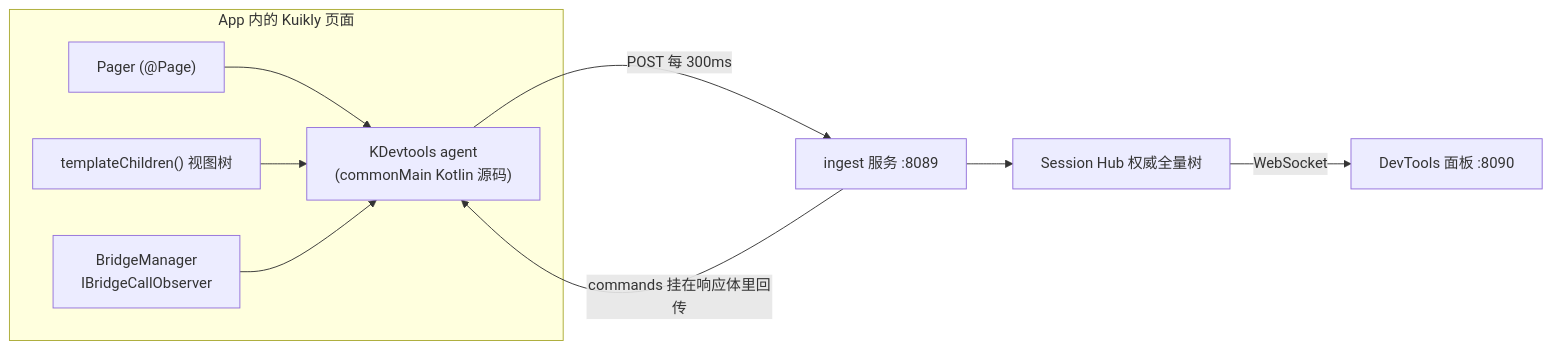
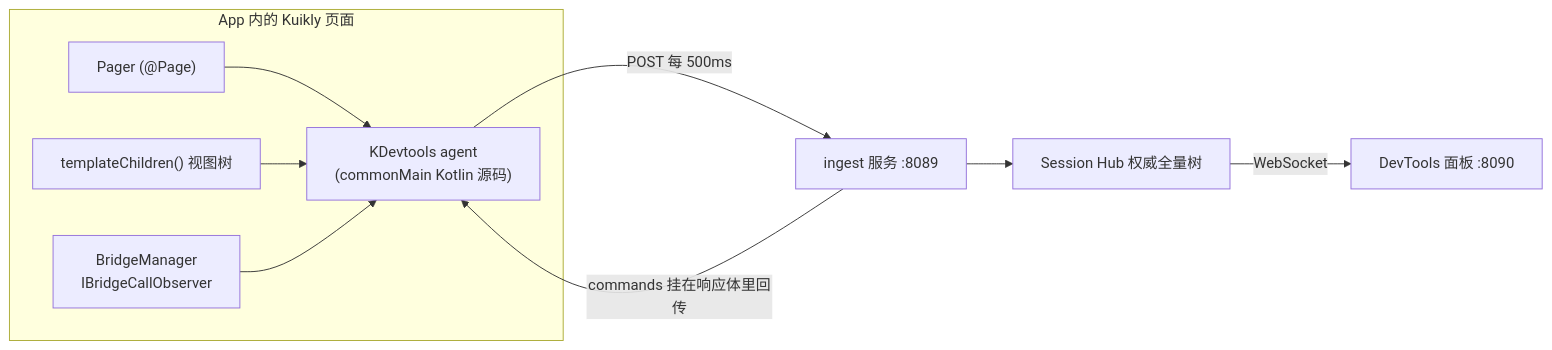
The diagram in ARCHITECTURE.md (ailuoku6/kuikly-devtools), drawn with Mermaid before and after one commit. The commit also changed other lines of this file and 15 other files, not shown here.

````diff
--- a/ARCHITECTURE.md
+++ b/ARCHITECTURE.md
@@ -37,16 +37,16 @@
 ```mermaid
 flowchart LR
   subgraph device ["App 内的 Kuikly 页面"]
     Pager["Pager (@Page)"]
     Tree["templateChildren() 视图树"]
     Bridge["BridgeManager\nIBridgeCallObserver"]
     Agent["KDevtools agent\n(commonMain Kotlin 源码)"]
     Pager --> Agent
     Tree --> Agent
     Bridge --> Agent
   end
-  Agent -->|"POST 每 300ms"| Ingest["ingest 服务 :8089"]
+  Agent -->|"POST 每 500ms"| Ingest["ingest 服务 :8089"]
   Ingest -->|"commands 挂在响应体里回传"| Agent
   Ingest --> Hub["Session Hub 权威全量树"]
   Hub -->|WebSocket| UI["DevTools 面板 :8090"]
 ```
````
